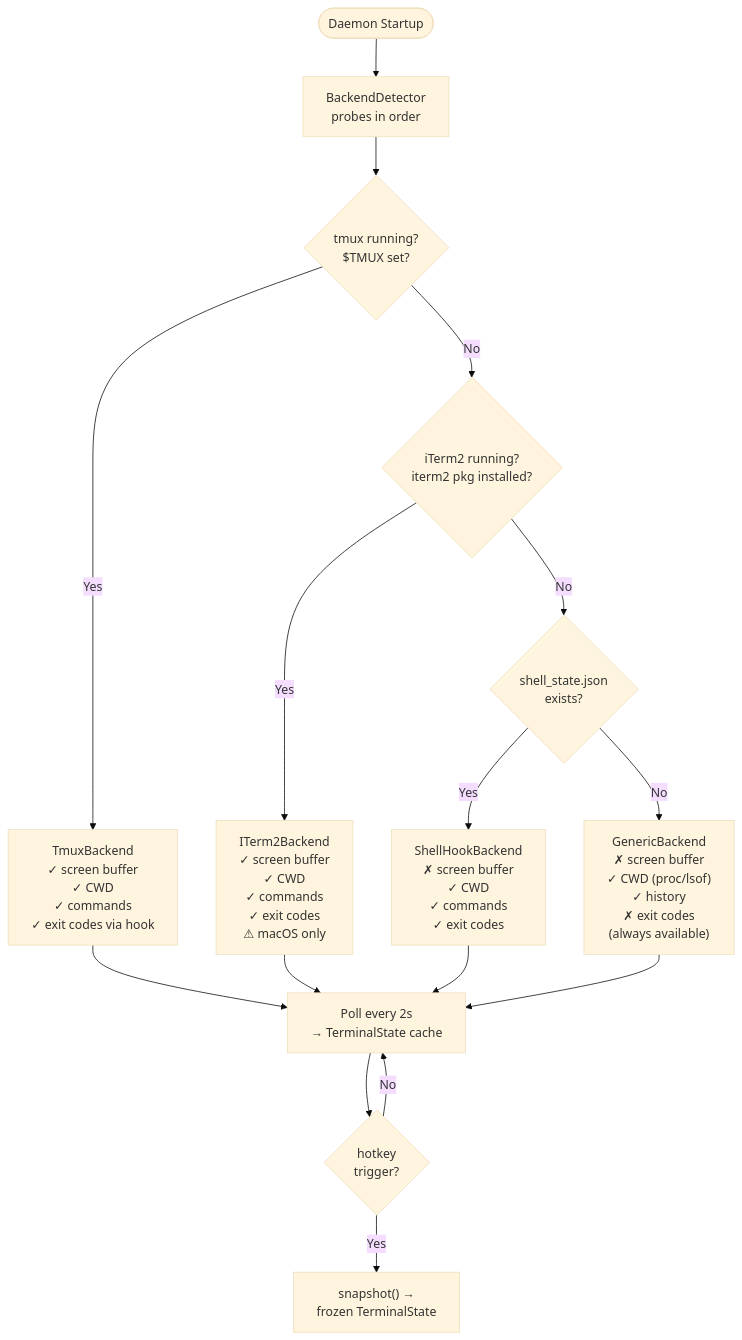
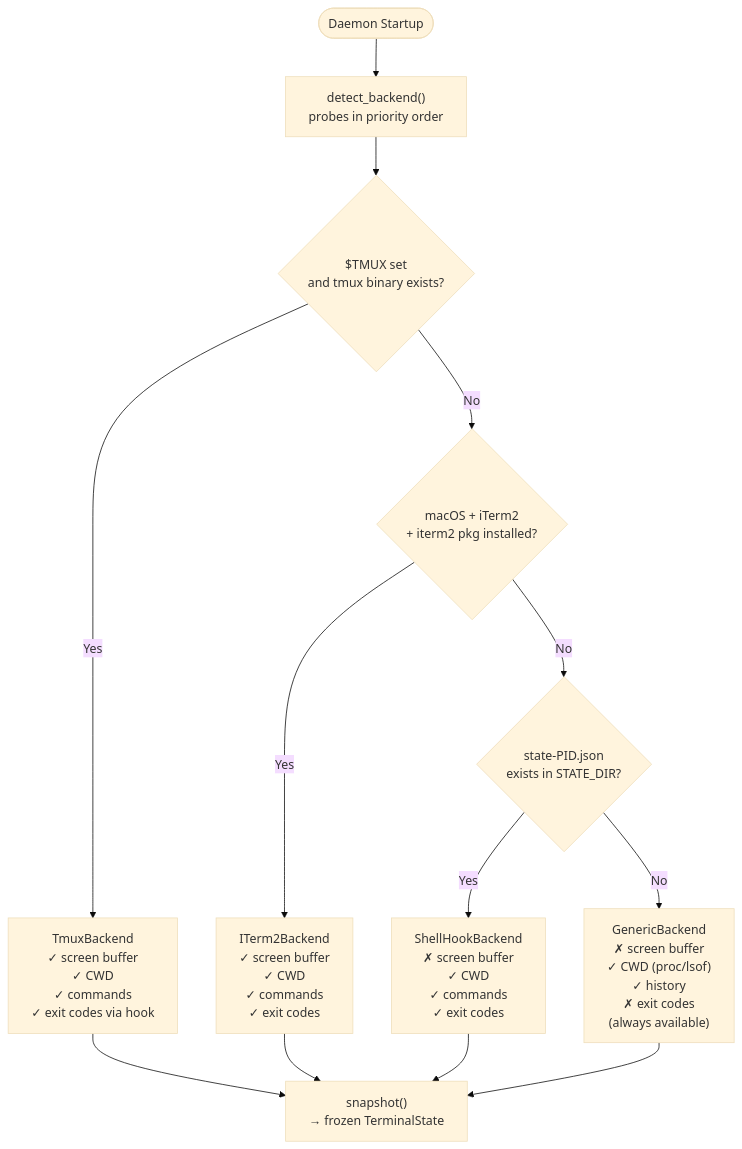
One commit to VinnyBabuManjaly/PromptShell changed the third of 9 diagrams in docs/system_design.md. Above: the diagram before and after it, drawn with Mermaid (base theme). The commit also changed other lines of this file and 4 other files, not shown here.

Commit message:
Add comprehensive documentation: README, system design, demo script, and updated architecture docs

````diff
--- a/docs/system_design.md
+++ b/docs/system_design.md
@@ -145,30 +132,27 @@
 ```mermaid
 flowchart TD
     START([Daemon Startup]) --> PROBE
 
-    PROBE["BackendDetector\nprobes in order"]
+    PROBE["detect_backend()<br/>probes in priority order"]
 
-    PROBE --> T1{"tmux running?\n$TMUX set?"}
-    T1 -->|Yes| TMUX["TmuxBackend\n✓ screen buffer\n✓ CWD\n✓ commands\n✓ exit codes via hook"]
+    PROBE --> T1{"$TMUX set<br/>and tmux binary exists?"}
+    T1 -->|Yes| TMUX["TmuxBackend<br/>✓ screen buffer<br/>✓ CWD<br/>✓ commands<br/>✓ exit codes via hook"]
     T1 -->|No| T2
 
-    T2{"iTerm2 running?\niterm2 pkg installed?"}
-    T2 -->|Yes| ITERM["ITerm2Backend\n✓ screen buffer\n✓ CWD\n✓ commands\n✓ exit codes\n⚠ macOS only"]
+    T2{"macOS + iTerm2<br/>+ iterm2 pkg installed?"}
+    T2 -->|Yes| ITERM["ITerm2Backend<br/>✓ screen buffer<br/>✓ CWD<br/>✓ commands<br/>✓ exit codes"]
     T2 -->|No| T3
 
-    T3{"shell_state.json\nexists?"}
-    T3 -->|Yes| HOOK["ShellHookBackend\n✗ screen buffer\n✓ CWD\n✓ commands\n✓ exit codes"]
+    T3{"state-PID.json<br/>exists in STATE_DIR?"}
+    T3 -->|Yes| HOOK["ShellHookBackend<br/>✗ screen buffer<br/>✓ CWD<br/>✓ commands<br/>✓ exit codes"]
     T3 -->|No| T4
 
-    T4["GenericBackend\n✗ screen buffer\n✓ CWD (proc/lsof)\n✓ history\n✗ exit codes\n(always available)"]
+    T4["GenericBackend<br/>✗ screen buffer<br/>✓ CWD (proc/lsof)<br/>✓ history<br/>✗ exit codes<br/>(always available)"]
 
-    TMUX --> POLL
-    ITERM --> POLL
-    HOOK --> POLL
-    T4 --> POLL
+    TMUX --> SNAP
+    ITERM --> SNAP
+    HOOK --> SNAP
+    T4 --> SNAP
 
-    POLL["Poll every 2s\n→ TerminalState cache"]
-    POLL --> TRIG{"hotkey\ntrigger?"}
-    TRIG -->|Yes| SNAP["snapshot() →\nfrozen TerminalState"]
-    TRIG -->|No| POLL
+    SNAP["snapshot()<br/>→ frozen TerminalState"]
 ```
````
